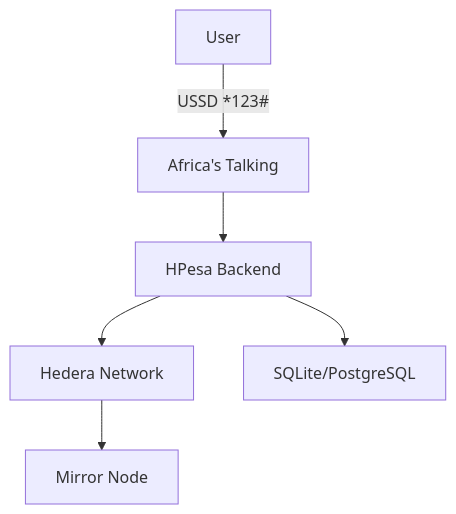
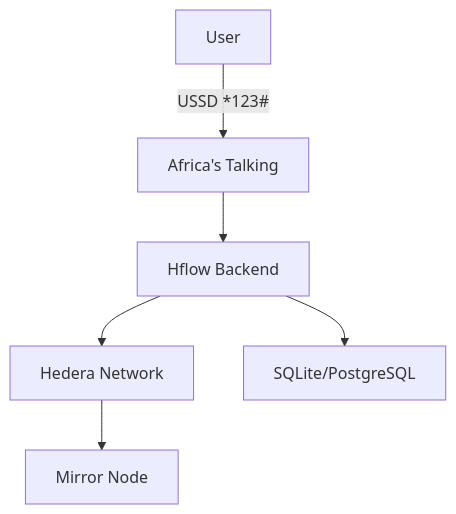
One commit to Modexia-Tech/hflow changed the first of 5 diagrams in docs/ARCHITECTURE.MD. Above: the diagram before and after it, drawn with Mermaid. The commit also changed other lines of this file and 22 other files, not shown here.

````diff
--- a/docs/ARCHITECTURE.MD
+++ b/docs/ARCHITECTURE.MD
@@ -4,8 +4,8 @@
 ```mermaid
 flowchart TD
     A[User] -->|USSD *123#| B[Africa's Talking]
-    B --> C[HPesa Backend]
+    B --> C[Hflow Backend]
     C --> D[Hedera Network]
     C --> E[SQLite/PostgreSQL]
       D --> G[Mirror Node]
 ```
````
